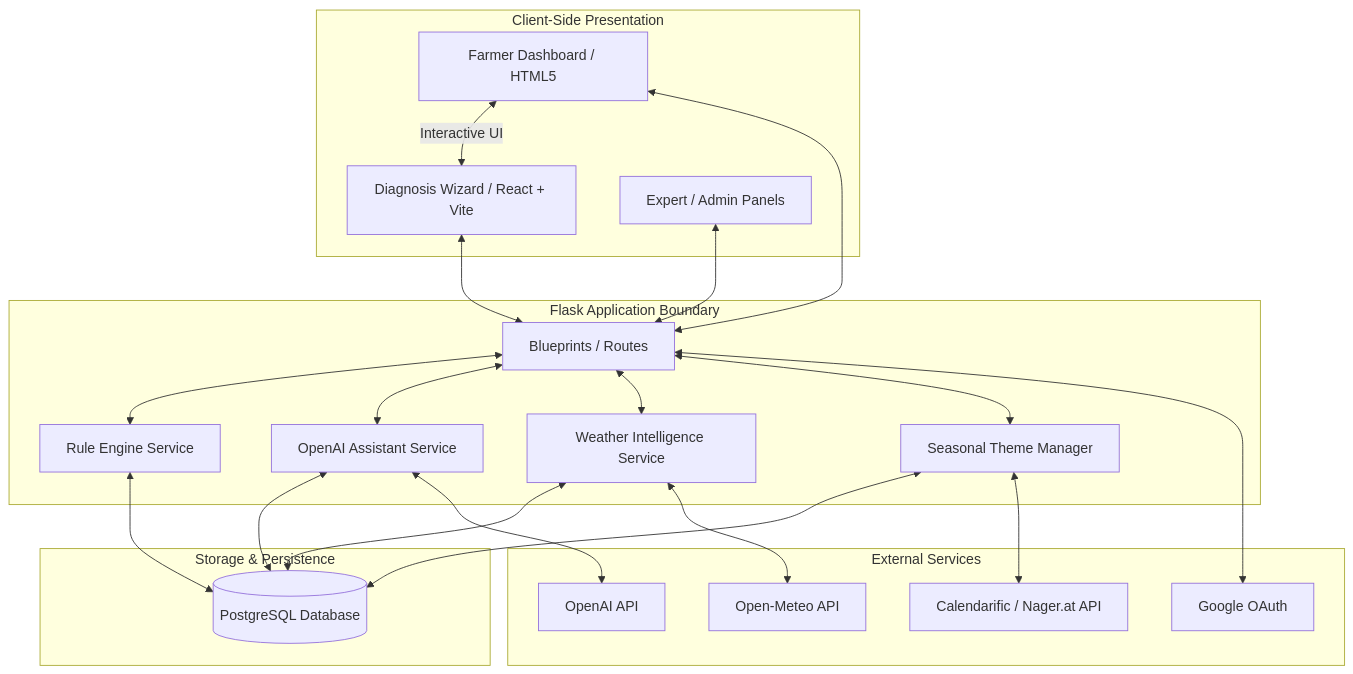
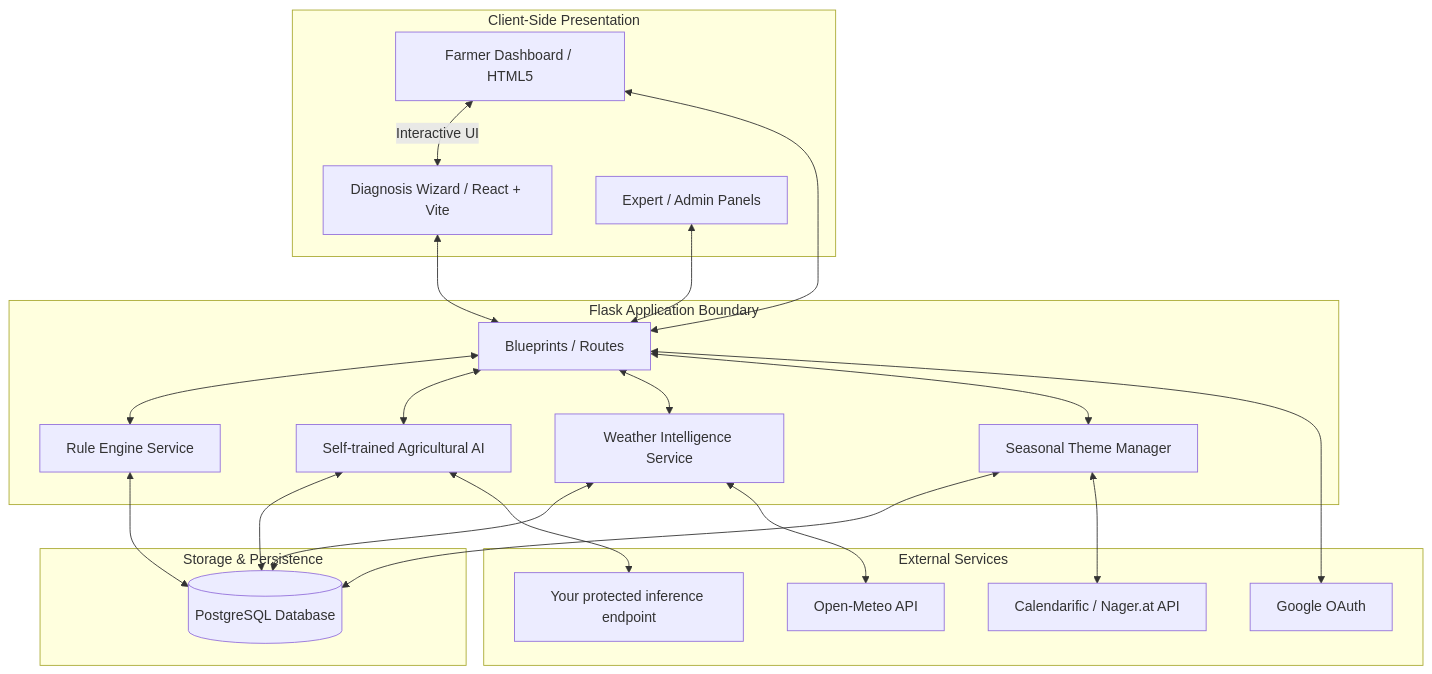
The diagram in README.md (CHHORNGL/Project_Assignment), drawn with Mermaid before and after one commit. The commit also changed other lines of this file and 17 other files, not shown here.

Commit message:
chore(ai): use self-trained model only

````diff
--- a/README.md
+++ b/README.md
@@ -12,37 +12,37 @@
 ```mermaid
 flowchart TD
     subgraph Client [Client-Side Presentation]
         A[Farmer Dashboard / HTML5] <-->|Interactive UI| W[Diagnosis Wizard / React + Vite]
         E[Expert / Admin Panels]
     end
 
     subgraph Backend [Flask Application Boundary]
         API[Blueprints / Routes]
         RE[Rule Engine Service]
-        AI[OpenAI Assistant Service]
+        AI[Self-trained Agricultural AI]
         WM[Weather Intelligence Service]
         TM[Seasonal Theme Manager]
     end
 
     subgraph Database [Storage & Persistence]
         DB[(PostgreSQL Database)]
     end
 
     subgraph External [External Services]
         OM[Open-Meteo API]
         CL[Calendarific / Nager.at API]
-        OA[OpenAI API]
+        OA[Your protected inference endpoint]
         GD[Google OAuth]
     end
 
     %% Routing Flow
     A & W & E <--> API
     API <--> RE & AI & WM & TM
     RE & AI & WM & TM <--> DB
     
     %% External Integration
     WM <--> OM
     TM <--> CL
     AI <--> OA
     API <--> GD
 ```
````
